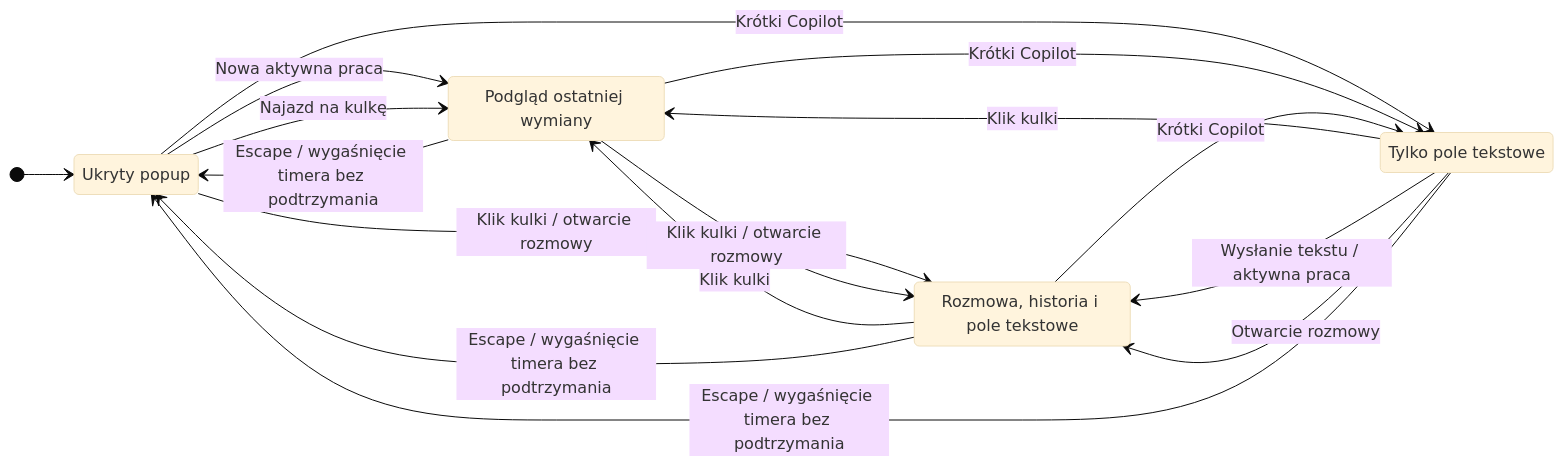
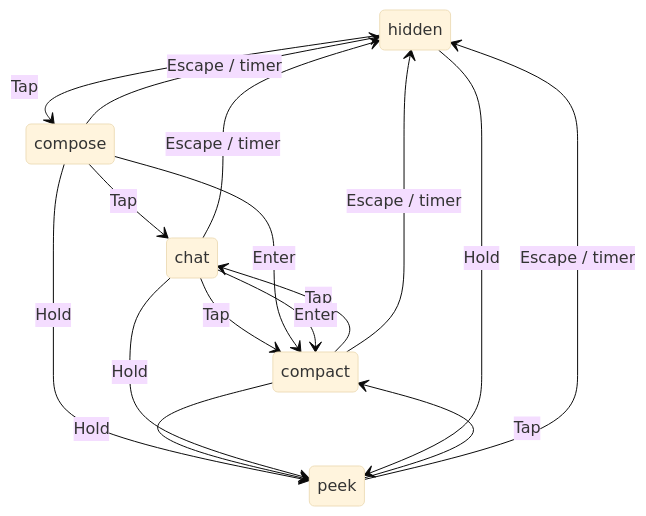
Before and after one commit to maciekmp/voice-line: the diagram in VERIFICATION-FLOWS.md, drawn with Mermaid (base theme). The commit also changed other lines of this file and 33 other files, not shown here.

Commit message:
feat: implement consistent Copilot interaction flow

````diff
--- a/VERIFICATION-FLOWS.md
+++ b/VERIFICATION-FLOWS.md
@@ -118,24 +54,18 @@
 ```mermaid
 stateDiagram-v2
-    direction LR
-    state "Ukryty popup" as hidden
-    state "Podgląd ostatniej wymiany" as peek
-    state "Rozmowa, historia i pole tekstowe" as chat
-    state "Tylko pole tekstowe" as compose
-
-    [*] --> hidden
-    hidden --> peek: Nowa aktywna praca
-    hidden --> peek: Najazd na kulkę
-    hidden --> chat: Klik kulki / otwarcie rozmowy
-    hidden --> compose: Krótki Copilot
-    peek --> chat: Klik kulki / otwarcie rozmowy
-    peek --> compose: Krótki Copilot
-    chat --> peek: Klik kulki
-    chat --> compose: Krótki Copilot
-    compose --> peek: Klik kulki
-    compose --> chat: Wysłanie tekstu / aktywna praca
-    compose --> chat: Otwarcie rozmowy
-    peek --> hidden: Escape / wygaśnięcie timera bez podtrzymania
-    chat --> hidden: Escape / wygaśnięcie timera bez podtrzymania
-    compose --> hidden: Escape / wygaśnięcie timera bez podtrzymania
+    hidden --> compose: Tap
+    compose --> chat: Tap
+    peek --> compact: Tap
+    compact --> chat: Tap
+    chat --> compact: Tap
+    compose --> compact: Enter
+    chat --> compact: Enter
+    compose --> peek: Hold
+    compact --> peek: Hold
+    chat --> peek: Hold
+    hidden --> peek: Hold
+    peek --> hidden: Escape / timer
+    compact --> hidden: Escape / timer
+    chat --> hidden: Escape / timer
+    compose --> hidden: Escape / timer
 ```
````
